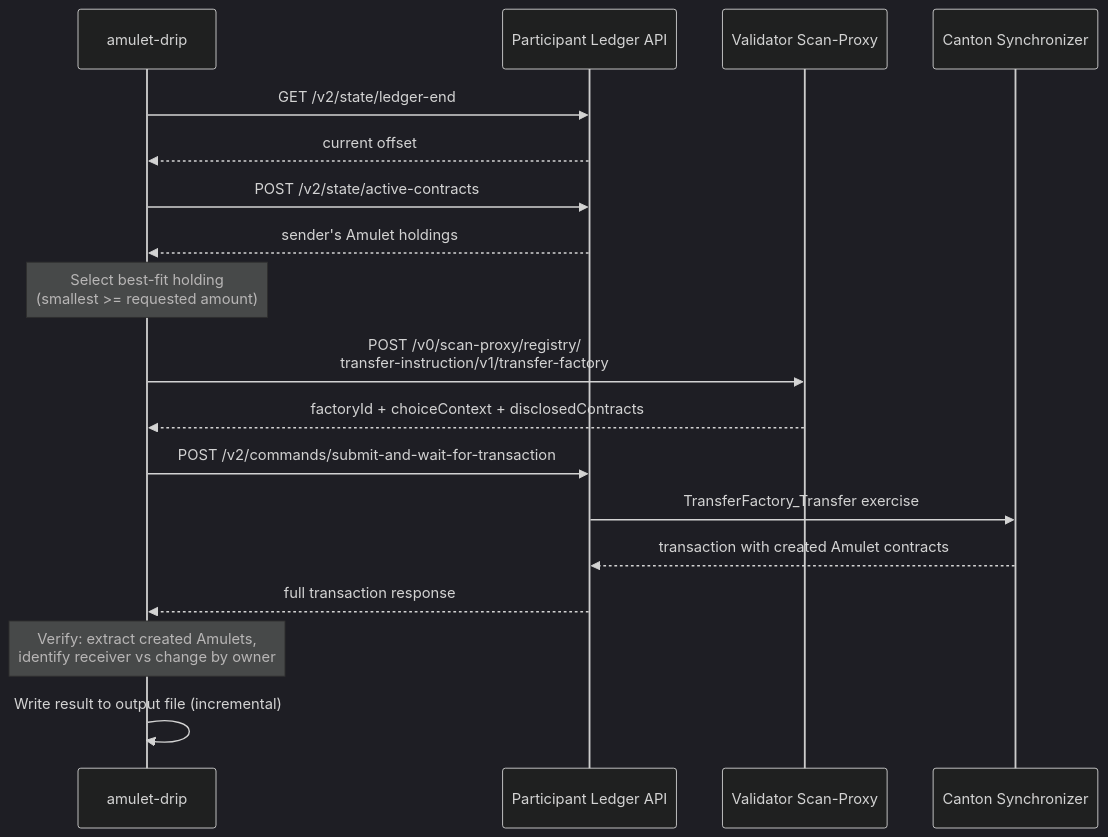
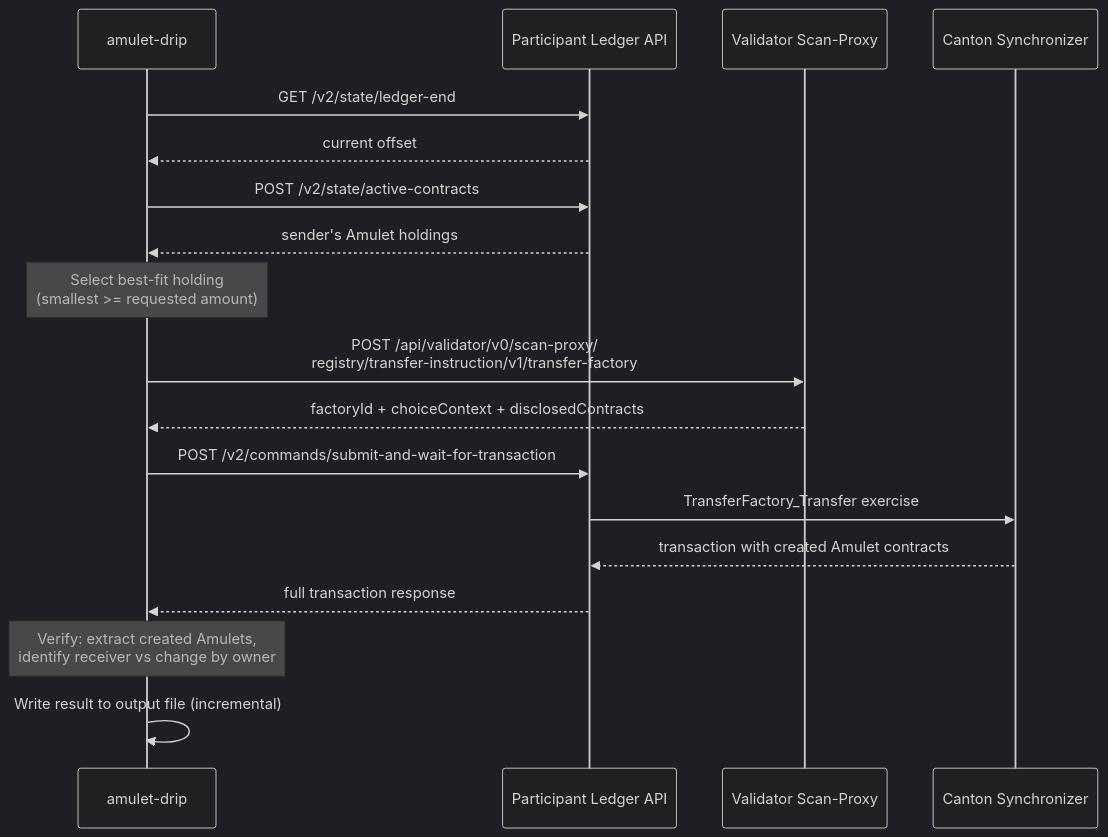
The second of 4 diagrams in amulet-drip/README.md (hyperledger-labs/splice), drawn with Mermaid (dark theme) before and after one commit. The commit also changed other lines of this file and 1 other file, not shown here.

Commit message:
docs(amulet-drip): update README and TESTING.md with verified ports, auth flow, and troubleshooting

````diff
--- a/amulet-drip/README.md
+++ b/amulet-drip/README.md
@@ -36,27 +36,27 @@
 ```mermaid
 sequenceDiagram
     participant CLI as amulet-drip
     participant Ledger as Participant Ledger API
     participant Registry as Validator Scan-Proxy
     participant Sync as Canton Synchronizer
 
     CLI->>Ledger: GET /v2/state/ledger-end
     Ledger-->>CLI: current offset
 
     CLI->>Ledger: POST /v2/state/active-contracts
     Ledger-->>CLI: sender's Amulet holdings
 
     Note over CLI: Select best-fit holding<br/>(smallest >= requested amount)
 
-    CLI->>Registry: POST /v0/scan-proxy/registry/<br/>transfer-instruction/v1/transfer-factory
+    CLI->>Registry: POST /api/validator/v0/scan-proxy/<br/>registry/transfer-instruction/v1/transfer-factory
     Registry-->>CLI: factoryId + choiceContext + disclosedContracts
 
     CLI->>Ledger: POST /v2/commands/submit-and-wait-for-transaction
     Ledger->>Sync: TransferFactory_Transfer exercise
     Sync-->>Ledger: transaction with created Amulet contracts
     Ledger-->>CLI: full transaction response
 
     Note over CLI: Verify: extract created Amulets,<br/>identify receiver vs change by owner
 
     CLI->>CLI: Write result to output file (incremental)
 ```
````
